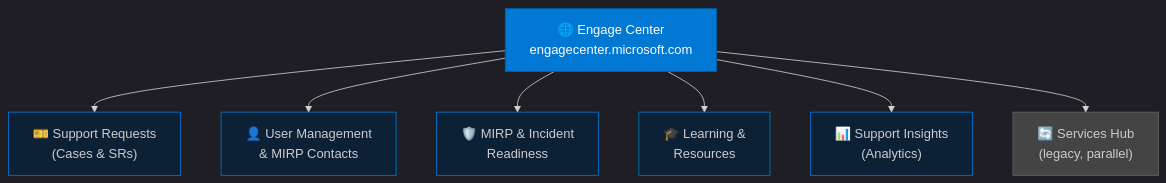
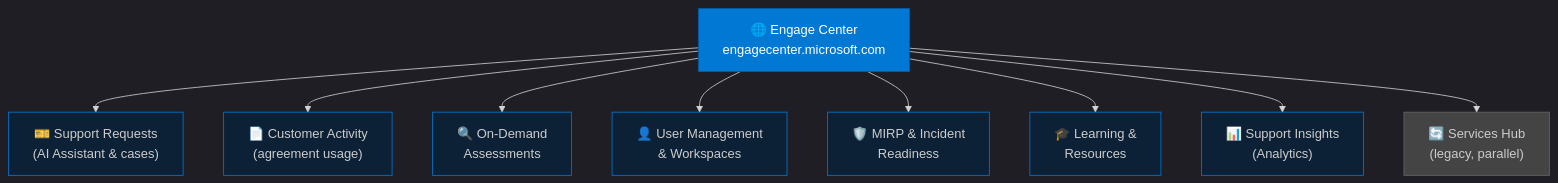
One commit to marcogrimaldi29/engage-center-notes changed the first of 2 diagrams in index.md. Above: the diagram before and after it, drawn with Mermaid. The commit also changed other lines of this file and 3 other files, not shown here.

````diff
--- a/index.md
+++ b/index.md
@@ -40,13 +40,15 @@
 ```mermaid
 %%{init: {"theme":"dark","themeVariables":{"primaryTextColor":"#ffffff","secondaryTextColor":"#e8eaed","nodeBorder":"#0078d4","mainBkg":"#0d2136"}}}%%
 flowchart TD
     EC["🌐 Engage Center\nengagecenter.microsoft.com"]
-    EC --> SR["🎫 Support Requests\n(Cases & SRs)"]
-    EC --> PA["👤 User Management\n& MIRP Contacts"]
+    EC --> SR["🎫 Support Requests\n(AI Assistant & cases)"]
+    EC --> CA["📄 Customer Activity\n(agreement usage)"]
+    EC --> OD["🔍 On-Demand\nAssessments"]
+    EC --> PA["👤 User Management\n& Workspaces"]
     EC --> PS["🛡️ MIRP & Incident\nReadiness"]
     EC --> LR["🎓 Learning &\nResources"]
     EC --> AN["📊 Support Insights\n(Analytics)"]
     EC --> SH["🔄 Services Hub\n(legacy, parallel)"]
     style EC fill:#0078d4,color:#fff,stroke:#005a9e
     style SH fill:#444,color:#ccc,stroke:#666
 ```
````
